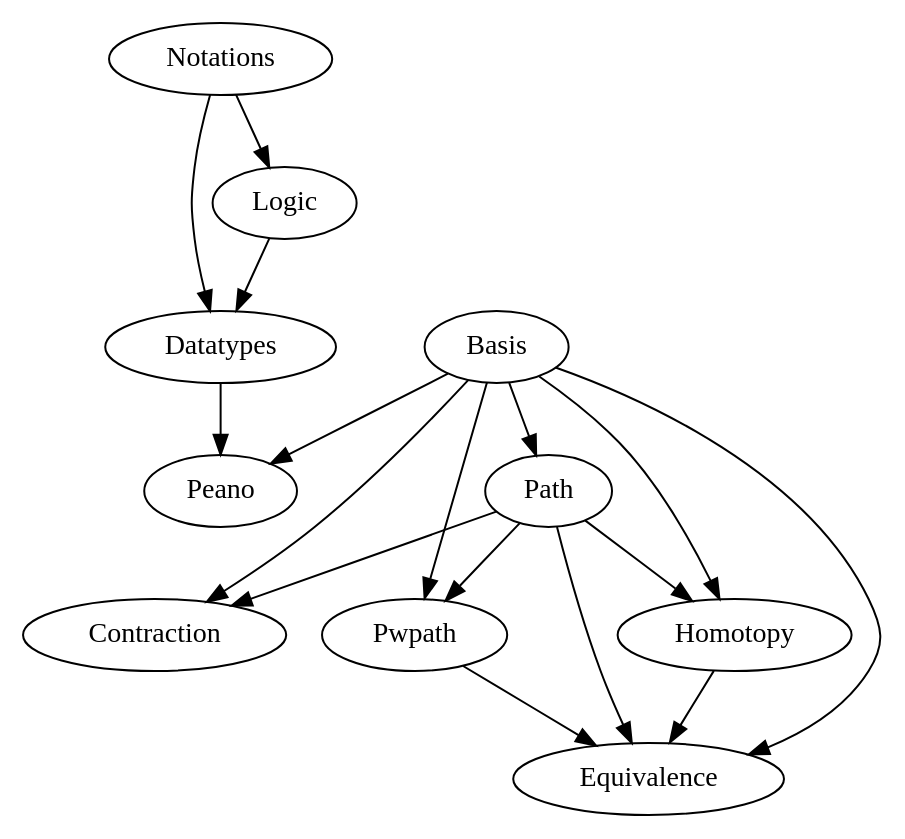
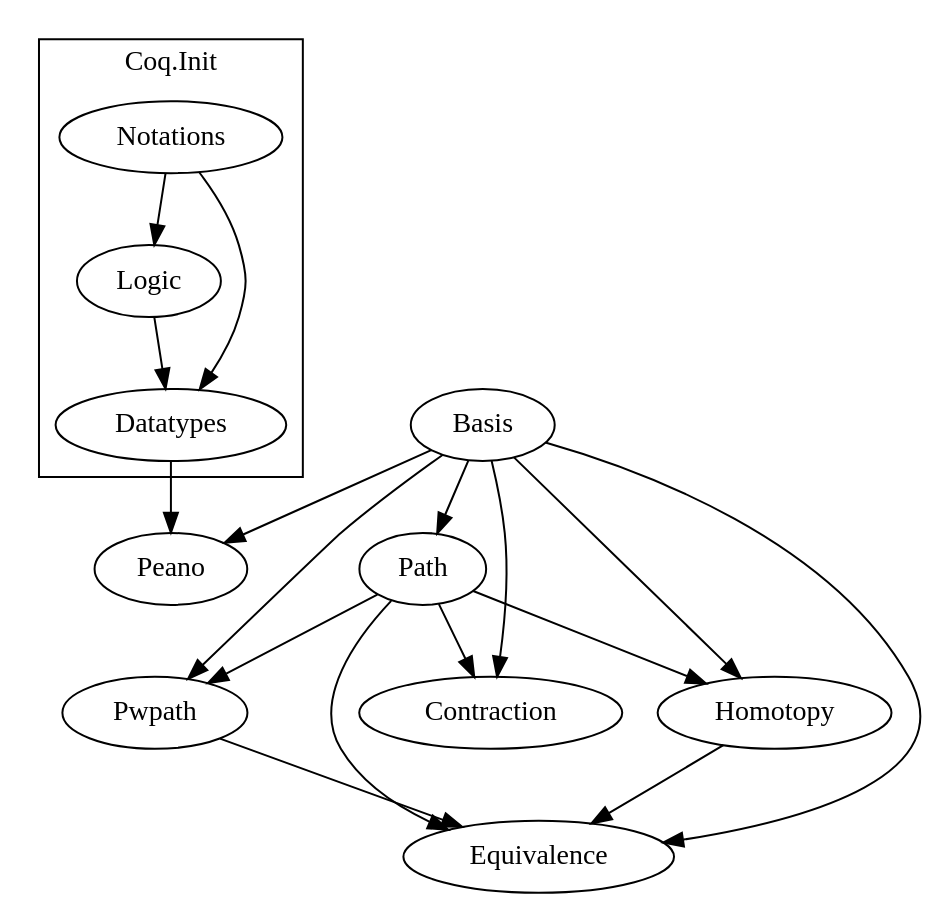
The diagram in seityou.gv (Hexirp/seityou), drawn with Graphviz before and after one commit.

Commit message:
Update: サブグラフの名前を
枠をつけたかったので調べると、サブグラフの名前を cluster_ で始めると
枠が自動的につくルールがあるらしい。

```diff
--- a/seityou.gv
+++ b/seityou.gv
@@ -1,33 +1,33 @@
 digraph G {
 
-  subgraph std {
+  subgraph cluster_std {
 
     Notations -> Logic;
 
     Notations -> Datatypes;
     Logic -> Datatypes;
 
     label = "Coq.Init";
 
   }
 
   Basis -> Path;
 
   Path -> Homotopy;
   Basis -> Homotopy;
 
   Basis -> Pwpath;
   Path -> Pwpath;
 
   Basis -> Contraction;
   Path -> Contraction;
 
   Basis -> Equivalence;
   Path -> Equivalence;
   Pwpath -> Equivalence;
   Homotopy -> Equivalence;
 
   Basis -> Peano;
   Datatypes -> Peano;
 
 }
```
